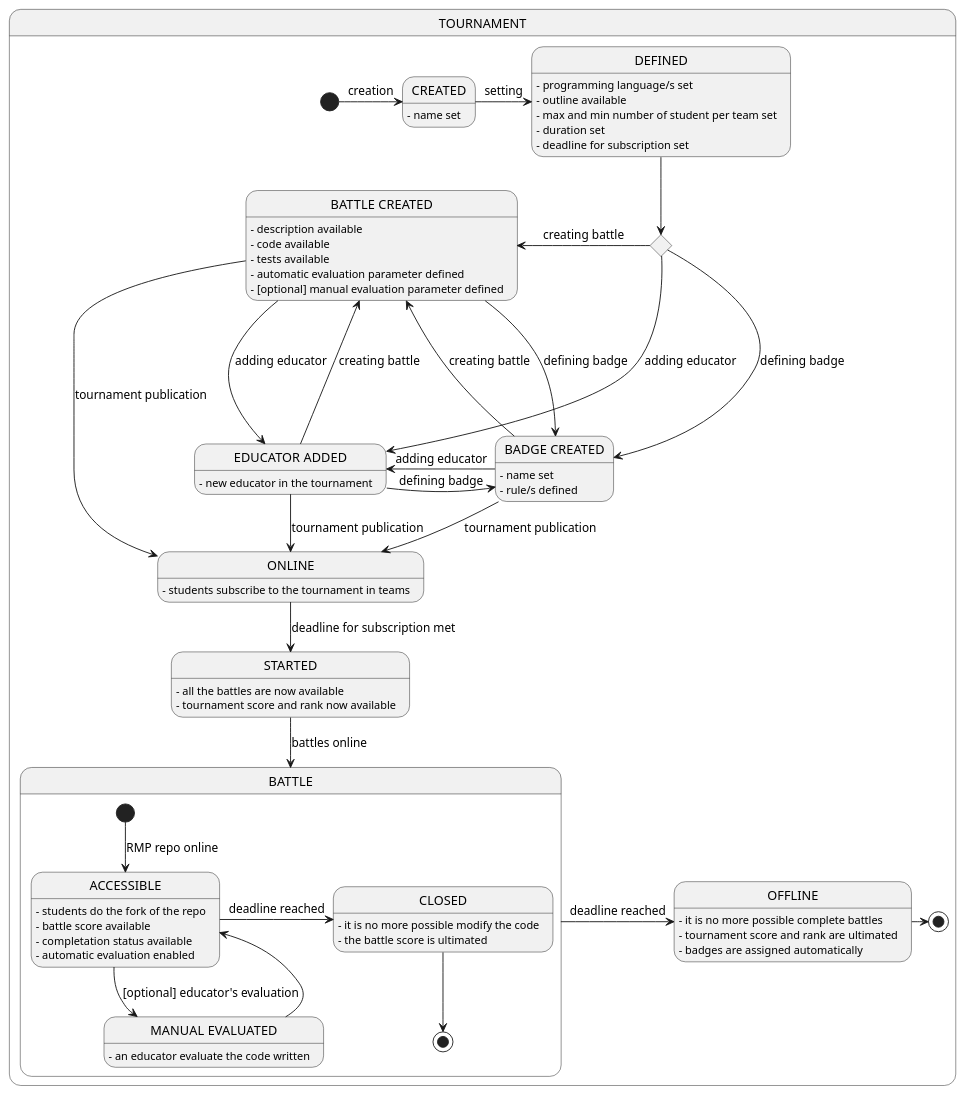
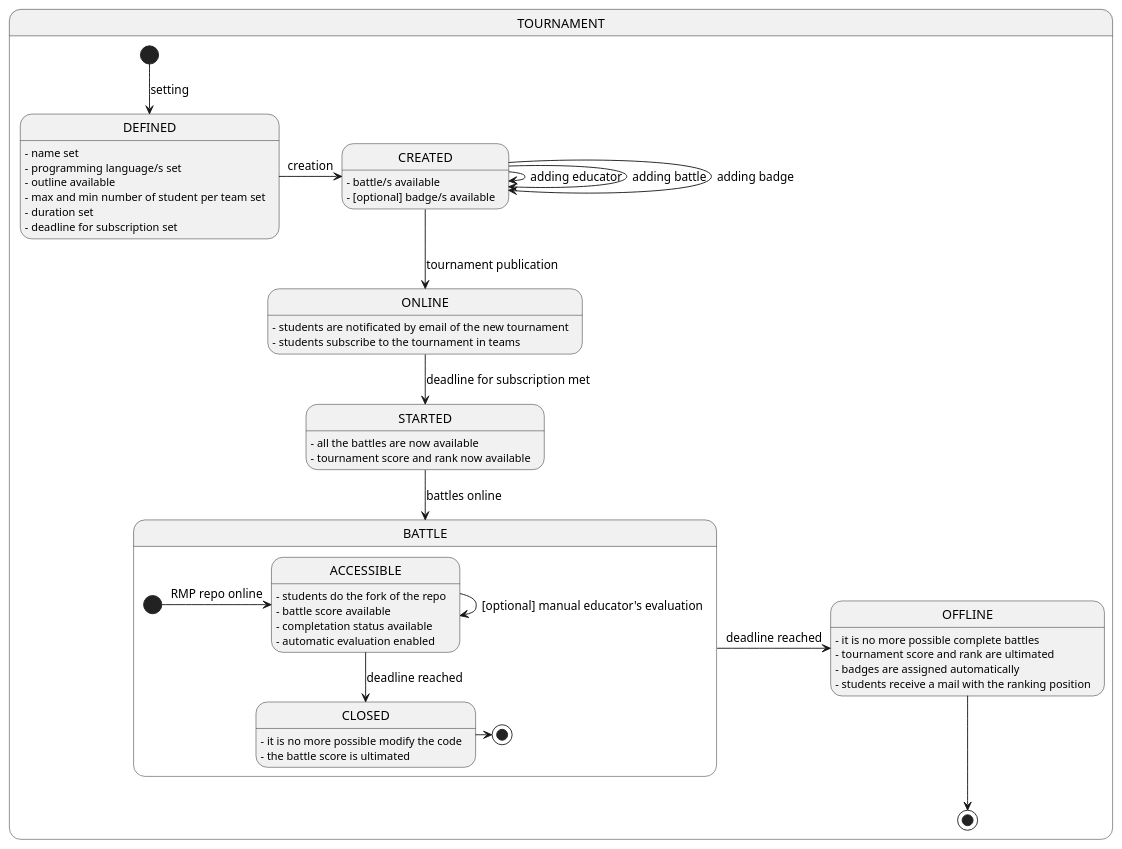
One commit to Angelo7672/SE2_Requirement-and-Design-Document changed the diagram in _RASD/Images/UML/stateDiagram/stateDiagram.wsd. Above: the diagram before and after it, drawn with PlantUML. The commit also changed 2 other files, not shown here.

Commit message:
state diagram update and scope dd updating

```diff
--- a/_RASD/Images/UML/stateDiagram/stateDiagram.wsd
+++ b/_RASD/Images/UML/stateDiagram/stateDiagram.wsd
@@ -1,93 +1,62 @@
 @startuml
 
 state TOURNAMENT{
-    state "EDUCATOR ADDED" as EDUCATORADDED
-    state "BATTLE CREATED" as BATTLECREATED
-    state "BADGE CREATED" as BADGECREATED
+    [*] --> DEFINED: setting
 
-    [*] -right-> CREATED: creation
-
-    CREATED: - name set
-
-    CREATED -right-> DEFINED: setting
-
+    DEFINED: - name set
     DEFINED: - programming language/s set
     DEFINED: - outline available
     DEFINED: - max and min number of student per team set
     DEFINED: - duration set
     DEFINED: - deadline for subscription set
 
-    state c <<choice>>
+    DEFINED -> CREATED: creation
 
-    DEFINED -down-> c
+    CREATED: - battle/s available
+    CREATED: - [optional] badge/s available
 
-    c -down---> EDUCATORADDED: adding educator
+    CREATED --> CREATED: adding educator
+    CREATED --> CREATED: adding battle
+    CREATED --> CREATED: adding badge
 
-    EDUCATORADDED: - new educator in the tournament
+    CREATED --> ONLINE: tournament publication
 
-    c -left-> BATTLECREATED: creating battle
-
-    BATTLECREATED: - description available
-    BATTLECREATED: - code available
-    BATTLECREATED: - tests available
-    BATTLECREATED: - automatic evaluation parameter defined
-    BATTLECREATED: - [optional] manual evaluation parameter defined
-
-    c -right-> BADGECREATED: defining badge
-
-    BADGECREATED: - name set
-    BADGECREATED: - rule/s defined
-
-    EDUCATORADDED -left-> BATTLECREATED: creating battle
-    BATTLECREATED -right-> EDUCATORADDED: adding educator
-    EDUCATORADDED -right-> BADGECREATED: defining badge
-    BADGECREATED -left-> EDUCATORADDED: adding educator
-    BATTLECREATED -right-> BADGECREATED: defining badge
-    BADGECREATED -left-> BATTLECREATED: creating battle
-
-    EDUCATORADDED -down-> ONLINE: tournament publication
-    BATTLECREATED -down-> ONLINE: tournament publication
-    BADGECREATED -down-> ONLINE: tournament publication
-
+    ONLINE: - students are notificated by email of the new tournament
     ONLINE: - students subscribe to the tournament in teams
 
     ONLINE --> STARTED: deadline for subscription met
 
     STARTED: - all the battles are now available
     STARTED: - tournament score and rank now available
 
     STARTED --> BATTLE: battles online
 
     state BATTLE{
-        state "MANUAL EVALUATED" as MANUALEVALUATED
-
-        [*] --> ACCESSIBLE: RMP repo online
+        [*] -> ACCESSIBLE: RMP repo online
 
         ACCESSIBLE: - students do the fork of the repo
         ACCESSIBLE: - battle score available
         ACCESSIBLE: - completation status available
         ACCESSIBLE: - automatic evaluation enabled
 
-        ACCESSIBLE --> MANUALEVALUATED: [optional] educator's evaluation
+        ACCESSIBLE -> ACCESSIBLE: [optional] manual educator's evaluation
 
-        MANUALEVALUATED: - an educator evaluate the code written
-
-        MANUALEVALUATED --> ACCESSIBLE
-        ACCESSIBLE -right-> CLOSED: deadline reached
+        ACCESSIBLE --> CLOSED: deadline reached
 
         CLOSED: - it is no more possible modify the code
         CLOSED: - the battle score is ultimated
 
-        CLOSED --> [*]
+        CLOSED -> [*]
     }
 
-    BATTLE -right-> OFFLINE: deadline reached
+    BATTLE -> OFFLINE: deadline reached
 
     OFFLINE: - it is no more possible complete battles
     OFFLINE: - tournament score and rank are ultimated
     OFFLINE: - badges are assigned automatically
+    OFFLINE: - students receive a mail with the ranking position
 
-    OFFLINE -right-> [*]
+    OFFLINE --> [*]
 }
 
 @enduml
```
